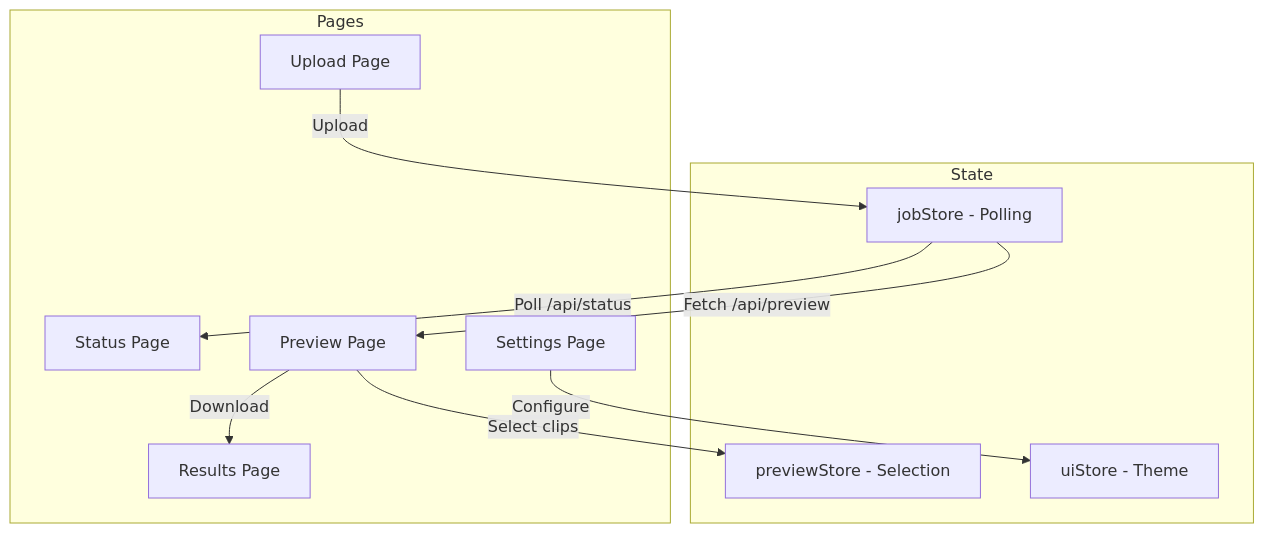
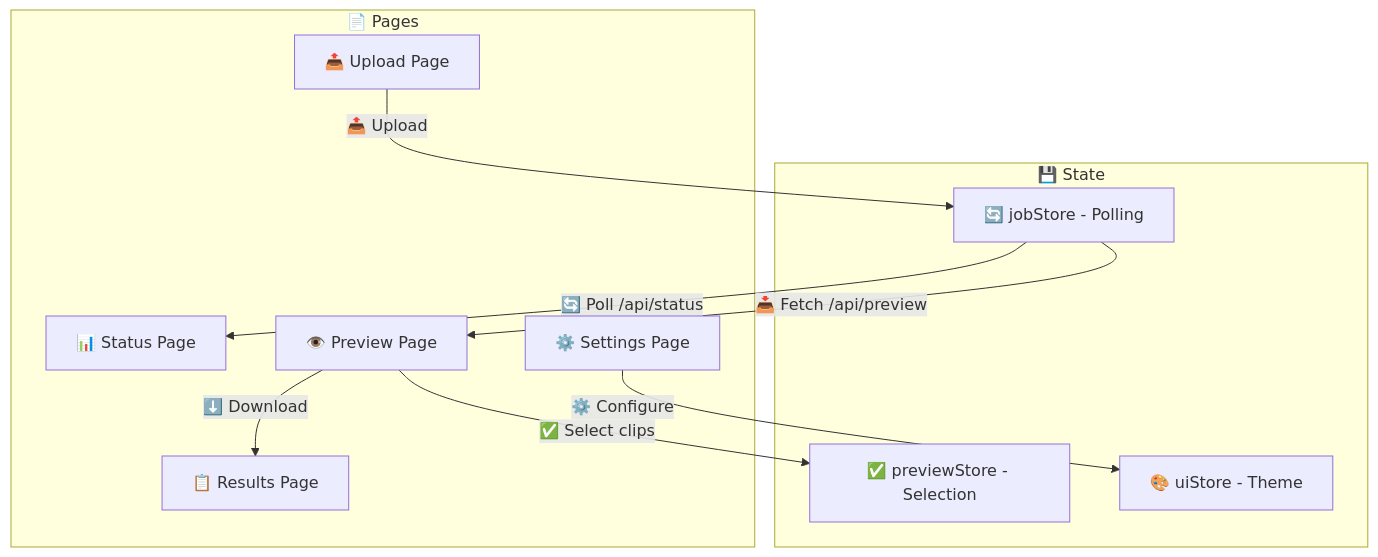
Before and after one commit to samm329-ui/Trimora_v2: the seventh of 7 diagrams in README.md, drawn with Mermaid. The commit also changed other lines of this file and 1 other file, not shown here.

Commit message:
docs: fix mermaid diagrams, add LICENSE file, add decorators and colorful styling to README

````diff
--- a/README.md
+++ b/README.md
@@ -712,23 +735,23 @@
 ```mermaid
 flowchart TB
-    subgraph Pages
-        UP[Upload Page]
-        SP[Status Page]
-        PP[Preview Page]
-        RP[Results Page]
-        SET[Settings Page]
+    subgraph Pages ["📄 Pages"]
+        UP["📤 Upload Page"]
+        SP["📊 Status Page"]
+        PP["👁️ Preview Page"]
+        RP["📋 Results Page"]
+        SET["⚙️ Settings Page"]
     end
 
-    subgraph State
-        JS[jobStore - Polling]
-        PS[previewStore - Selection]
-        UI[uiStore - Theme]
+    subgraph State ["💾 State"]
+        JS["🔄 jobStore - Polling"]
+        PS["✅ previewStore - Selection"]
+        UI["🎨 uiStore - Theme"]
     end
 
-    UP -->|Upload| JS
-    JS -->|Poll /api/status| SP
-    JS -->|Fetch /api/preview| PP
-    PP -->|Select clips| PS
-    PP -->|Download| RP
-    SET -->|Configure| UI
+    UP -->|"📤 Upload"| JS
+    JS -->|"🔄 Poll /api/status"| SP
+    JS -->|"📥 Fetch /api/preview"| PP
+    PP -->|"✅ Select clips"| PS
+    PP -->|"⬇️ Download"| RP
+    SET -->|"⚙️ Configure"| UI
 ```
````
